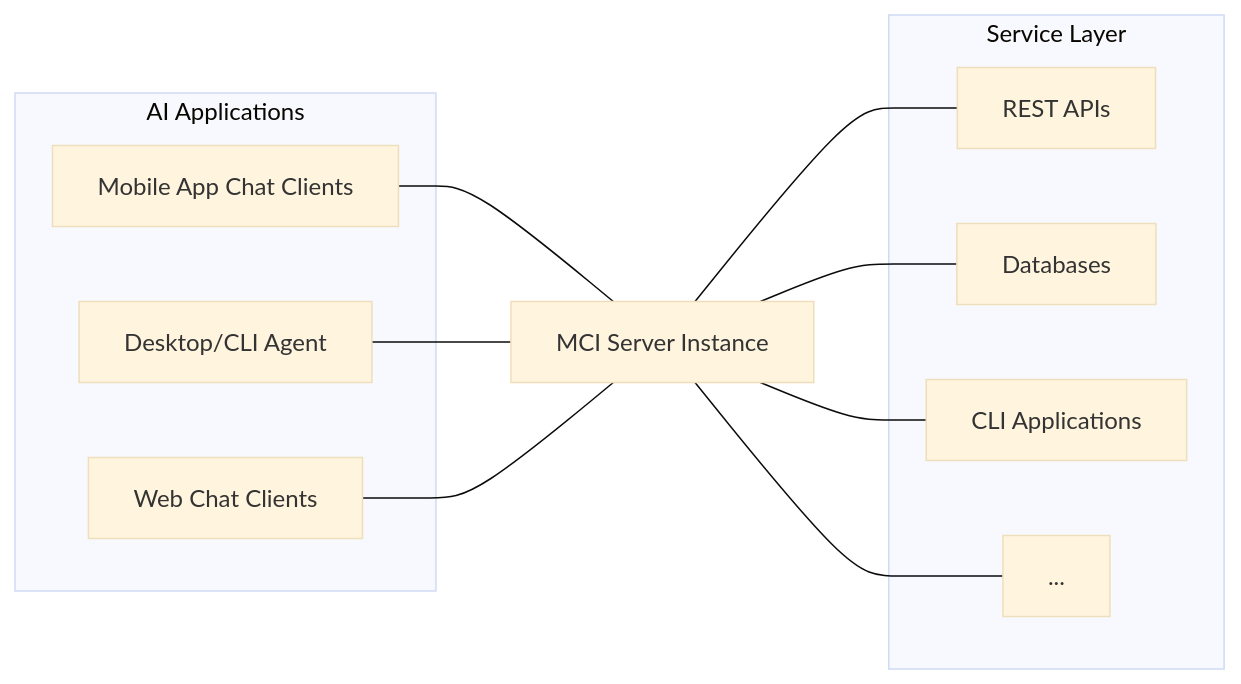
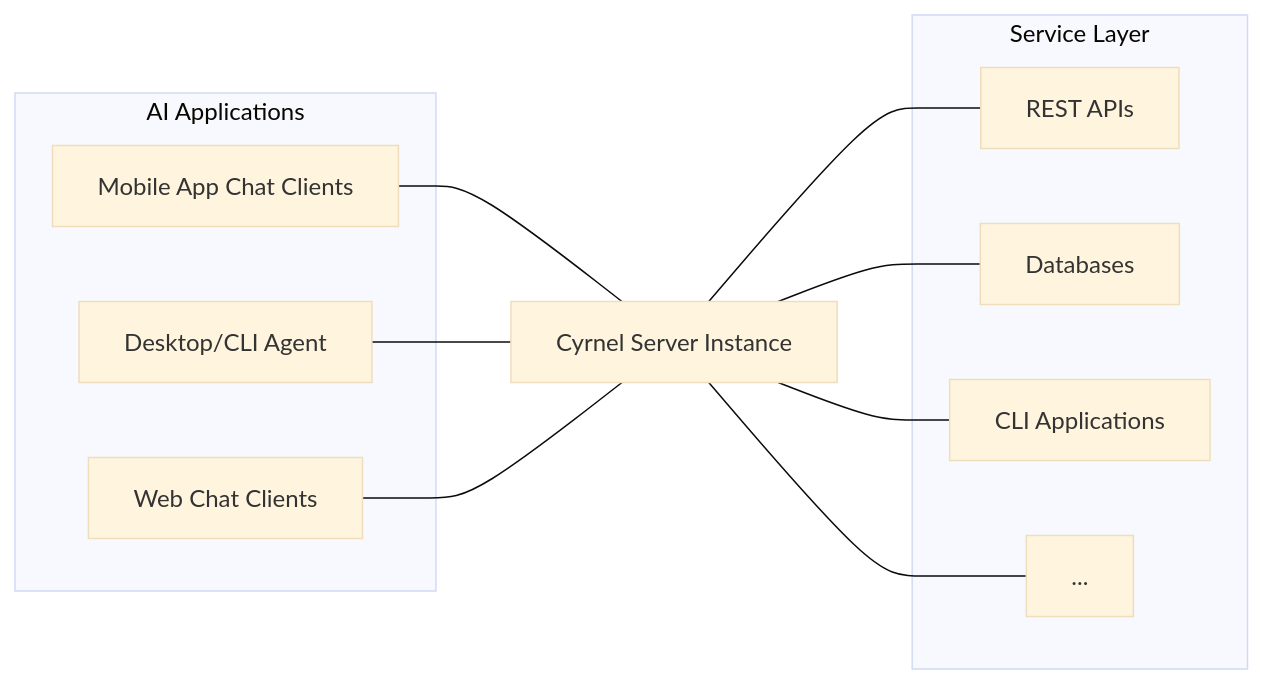
One commit to actelos/cyrnel changed the first of 2 diagrams in docs/content/architecture.mdx. Above: the diagram before and after it, drawn with Mermaid (base theme). The commit also changed other lines of this file and 75 other files, not shown here.

Commit message:
chore: rename `MCI` to `Cyrnel` project wide

````diff
--- a/docs/content/architecture.mdx
+++ b/docs/content/architecture.mdx
@@ -12,26 +12,26 @@
 ```mermaid
 graph LR
     subgraph Clients [AI Applications]
         C1[Mobile App Chat Clients]
         C2[Desktop/CLI Agent]
         C3[Web Chat Clients]
     end
 
-    MCI[MCI Server Instance]
+    Cyrnel[Cyrnel Server Instance]
 
     subgraph End_Servers [Service Layer]
         REST[REST APIs]
         DB[Databases]
         CLI[CLI Applications]
         Other[...]
     end
 
-    C1 --- MCI
-    C2 --- MCI
-    C3 --- MCI
+    C1 --- Cyrnel
+    C2 --- Cyrnel
+    C3 --- Cyrnel
 
-    MCI --- REST
-    MCI --- DB
-    MCI --- CLI
-    MCI --- Other
+    Cyrnel --- REST
+    Cyrnel --- DB
+    Cyrnel --- CLI
+    Cyrnel --- Other
 ```
````
